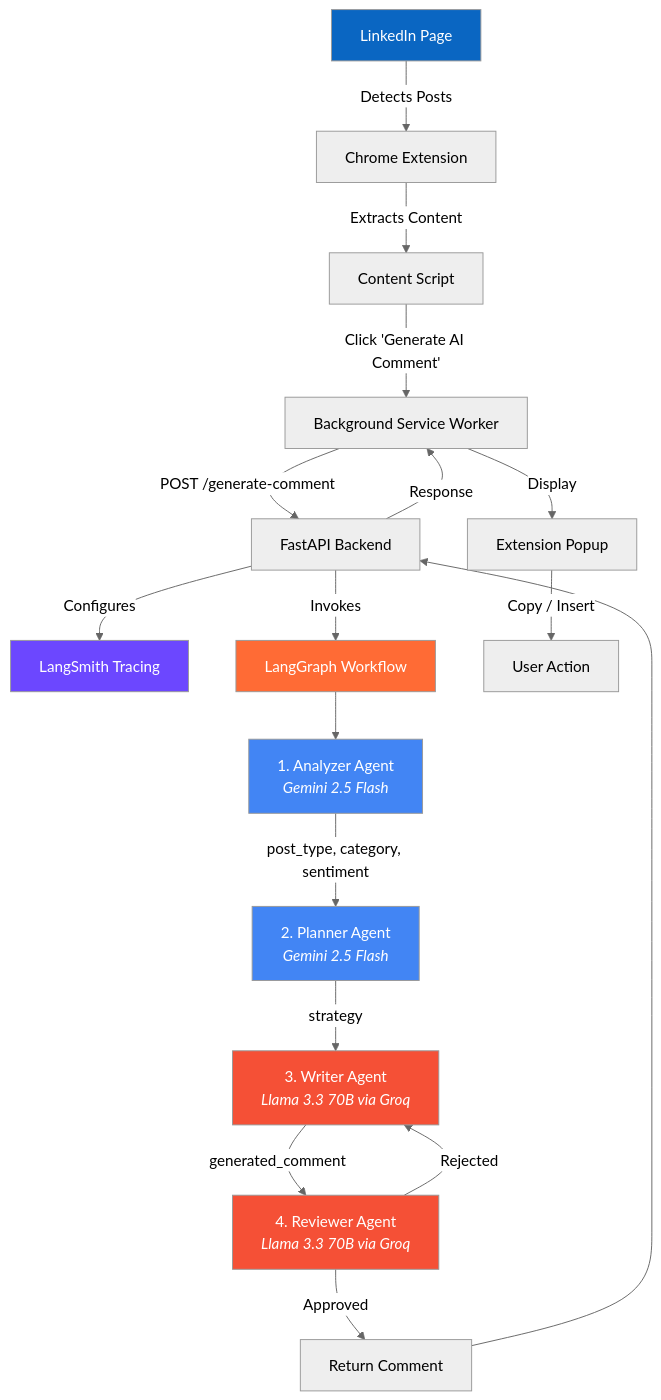
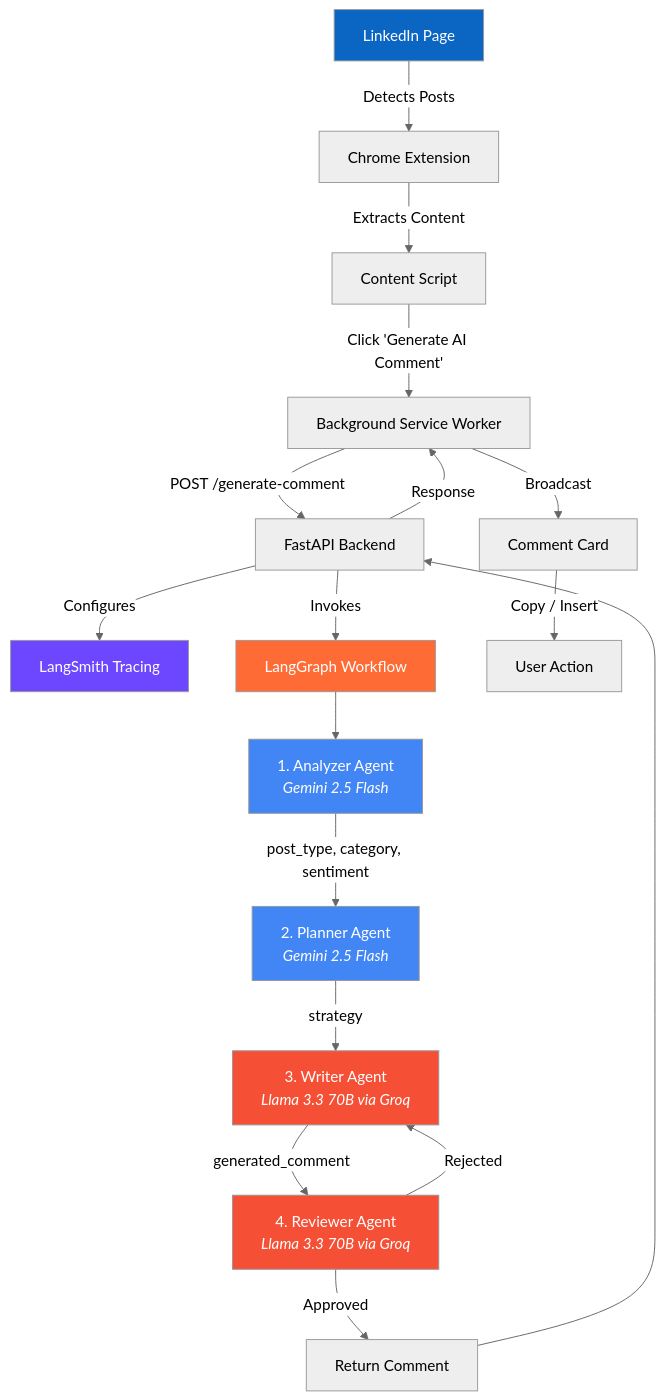
One commit to himanshu231204/linkedin-ai-comment-copilot changed the first of 3 diagrams in README.md. Above: the diagram before and after it, drawn with Mermaid (neutral theme). The commit also changed other lines of this file and 2 other files, not shown here.

Commit message:
feat: enhance README and architecture documentation with new comment card features and updated message flow

````diff
--- a/README.md
+++ b/README.md
@@ -56,30 +58,30 @@
 ```mermaid
 graph TD
     A[LinkedIn Page] -->|Detects Posts| B[Chrome Extension]
     B -->|Extracts Content| C[Content Script]
     C -->|"Click 'Generate AI Comment'"| D[Background Service Worker]
     D -->|"POST /generate-comment"| E[FastAPI Backend]
     E -->|Configures| LS[LangSmith Tracing]
     E -->|Invokes| F[LangGraph Workflow]
     
     F --> G["1. Analyzer Agent<br/><i>Gemini 2.5 Flash</i>"]
     G -->|post_type, category, sentiment| H["2. Planner Agent<br/><i>Gemini 2.5 Flash</i>"]
     H -->|strategy| I["3. Writer Agent<br/><i>Llama 3.3 70B via Groq</i>"]
     I -->|generated_comment| J["4. Reviewer Agent<br/><i>Llama 3.3 70B via Groq</i>"]
     
     J -->|Approved| K[Return Comment]
     J -->|Rejected| I
     
     K --> E
     E -->|Response| D
-    D -->|Display| L[Extension Popup]
+    D -->|Broadcast| L[Comment Card]
     L -->|Copy / Insert| M[User Action]
     
     style A fill:#0A66C2,color:#fff
     style F fill:#FF6B35,color:#fff
     style G fill:#4285F4,color:#fff
     style H fill:#4285F4,color:#fff
     style I fill:#F55036,color:#fff
     style J fill:#F55036,color:#fff
     style LS fill:#6C47FF,color:#fff
 ```
````
